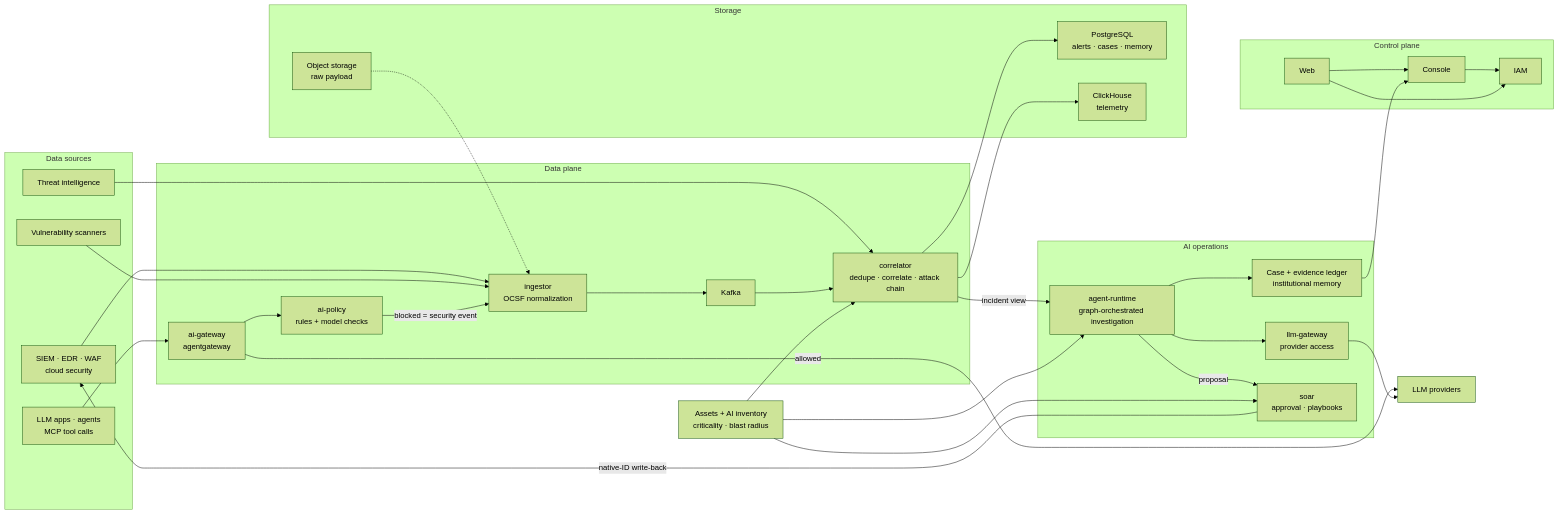
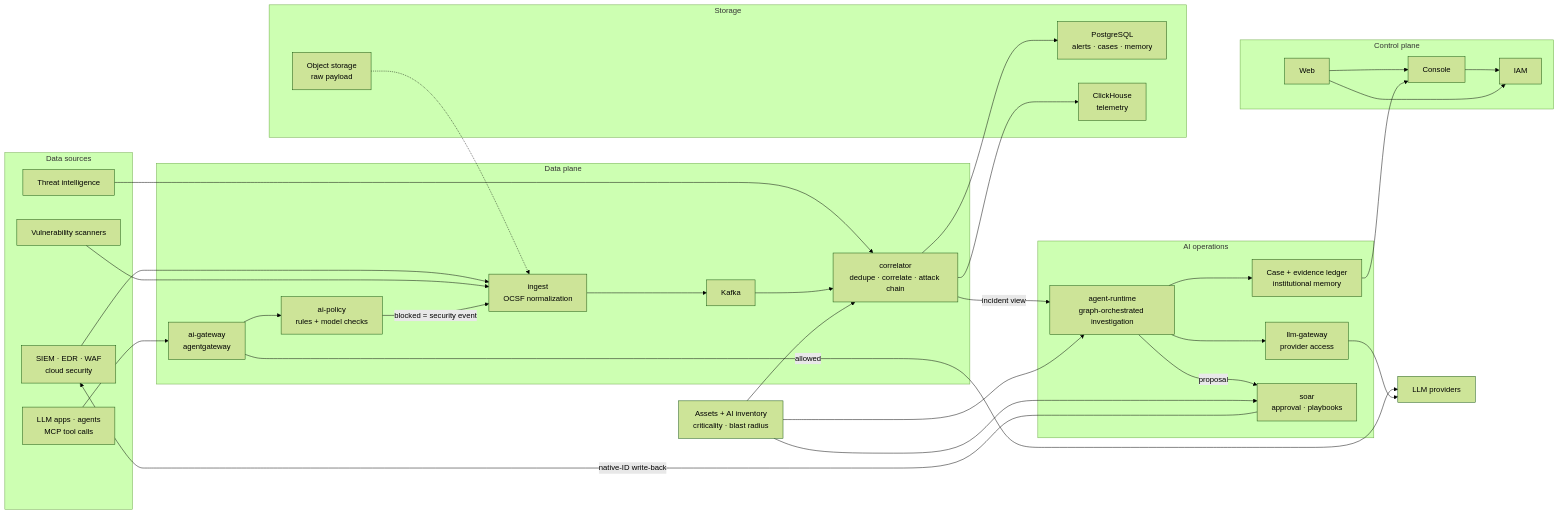
The diagram in README.md (EayonLee/SecPlexus), drawn with Mermaid (forest theme) before and after one commit. The commit also changed other lines of this file and 476 other files, not shown here.

````diff
--- a/README.md
+++ b/README.md
@@ -105,58 +105,58 @@
 ```mermaid
 flowchart LR
   subgraph SRC["Data sources"]
     A["SIEM · EDR · WAF<br/>cloud security"]
     V["Vulnerability scanners"]
     T["Threat intelligence"]
     AI["LLM apps · agents<br/>MCP tool calls"]
   end
 
   subgraph DATA["Data plane"]
-    ING["ingestor<br/>OCSF normalization"]
+    ING["ingest<br/>OCSF normalization"]
     K["Kafka"]
     COR["correlator<br/>dedupe · correlate · attack chain"]
     AG["ai-gateway<br/>agentgateway"]
     AIP["ai-policy<br/>rules + model checks"]
   end
 
   subgraph BRAIN["AI operations"]
     AR["agent-runtime<br/>graph-orchestrated investigation"]
     LG["llm-gateway<br/>provider access"]
     MEM["Case + evidence ledger<br/>institutional memory"]
     SOAR["soar<br/>approval · playbooks"]
   end
 
   subgraph STORE["Storage"]
     PG["PostgreSQL<br/>alerts · cases · memory"]
     CH["ClickHouse<br/>telemetry"]
     OS["Object storage<br/>raw payload"]
   end
 
   subgraph CTRL["Control plane"]
     W["Web"] --> C["Console"] --> I["IAM"]
     W --> I
   end
 
   P["LLM providers"]
   ASSET["Assets + AI inventory<br/>criticality · blast radius"]
 
   A --> ING
   V --> ING
   T --> COR
   AI --> AG --> AIP
   AIP -->|"blocked = security event"| ING
   AG -->|"allowed"| P
   ING --> K --> COR
   COR --> PG
   COR --> CH
   COR -->|"incident view"| AR
   AR --> LG --> P
   AR --> MEM
   MEM --> C
   AR -->|"proposal"| SOAR
   SOAR -->|"native-ID write-back"| A
   ASSET --> COR
   ASSET --> AR
   ASSET --> SOAR
   OS -.-> ING
 ```
````
